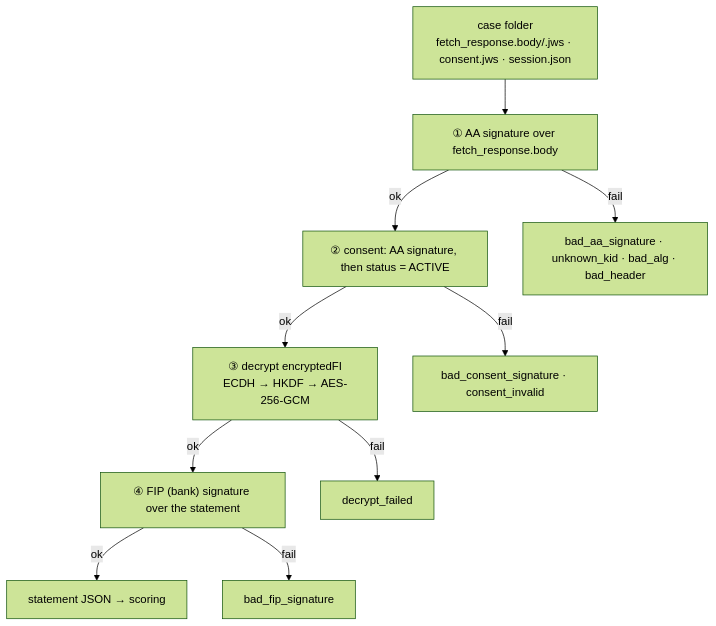
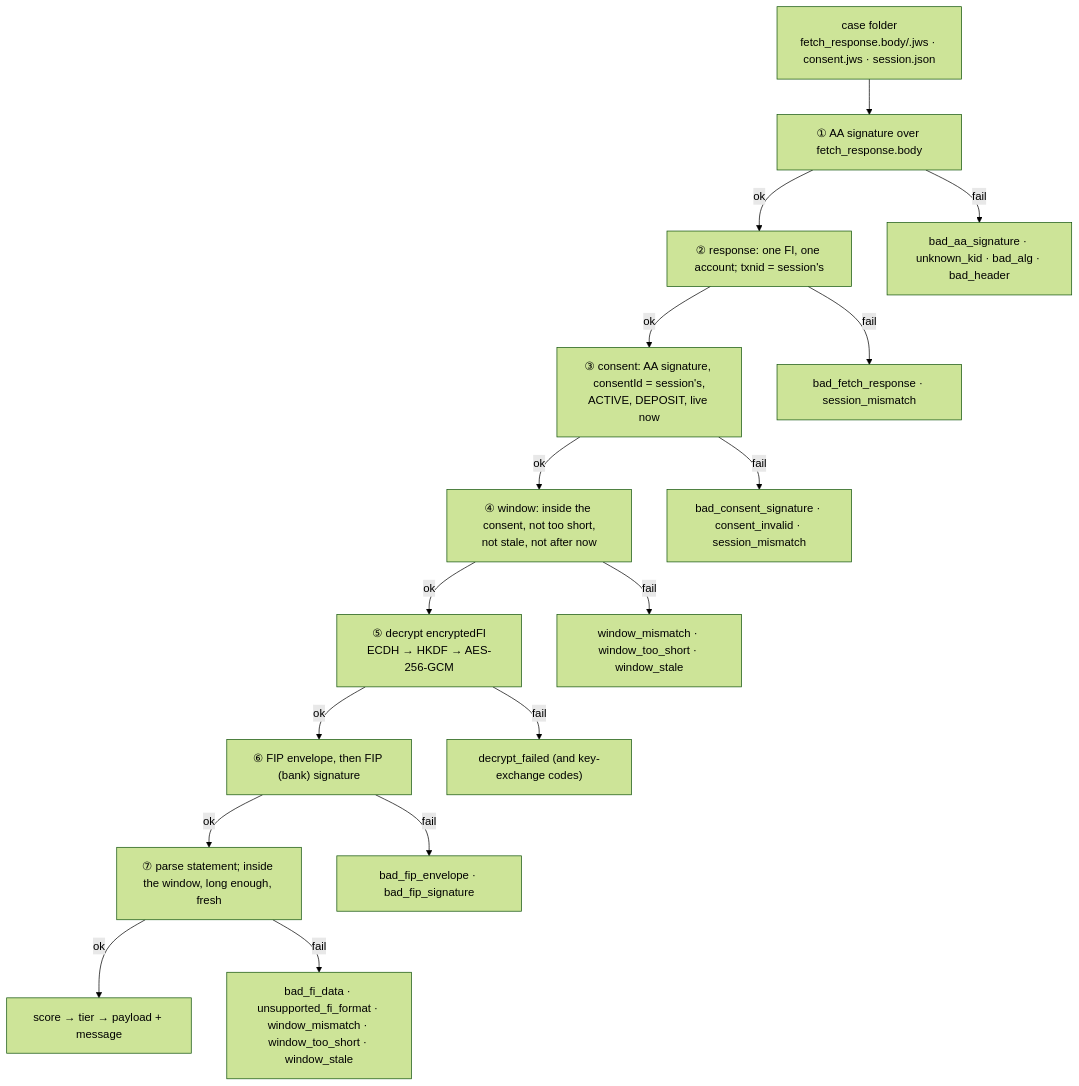
The diagram in test-vectors/README.md (pandaa880/tee-income-oracle), drawn with Mermaid (forest theme) before and after one commit. The commit also changed other lines of this file and 179 other files, not shown here.

````diff
--- a/test-vectors/README.md
+++ b/test-vectors/README.md
@@ -76,23 +83,35 @@
 ```mermaid
 flowchart TD
   IN["case folder<br/>fetch_response.body/.jws · consent.jws · session.json"]
   L1["① AA signature over fetch_response.body"]
-  L2["② consent: AA signature, then status = ACTIVE"]
-  L3["③ decrypt encryptedFI<br/>ECDH → HKDF → AES-256-GCM"]
-  L4["④ FIP (bank) signature over the statement"]
-  OK["statement JSON → scoring"]
+  L2["② response: one FI, one account; txnid = session's"]
+  L3["③ consent: AA signature, consentId = session's,<br/>ACTIVE, DEPOSIT, live now"]
+  L4["④ window: inside the consent, not too short,<br/>not stale, not after now"]
+  L5["⑤ decrypt encryptedFI<br/>ECDH → HKDF → AES-256-GCM"]
+  L6["⑥ FIP envelope, then FIP (bank) signature"]
+  L7["⑦ parse statement; inside the window, long enough, fresh"]
+  OK["score → tier → payload + message"]
   E1["bad_aa_signature · unknown_kid · bad_alg · bad_header"]
-  E2["bad_consent_signature · consent_invalid"]
-  E3["decrypt_failed"]
-  E4["bad_fip_signature"]
+  E2["bad_fetch_response · session_mismatch"]
+  E3["bad_consent_signature · consent_invalid · session_mismatch"]
+  E4["window_mismatch · window_too_short · window_stale"]
+  E5["decrypt_failed (and key-exchange codes)"]
+  E6["bad_fip_envelope · bad_fip_signature"]
+  E7["bad_fi_data · unsupported_fi_format · window_mismatch · window_too_short · window_stale"]
 
   IN --> L1
   L1 -- ok --> L2
   L2 -- ok --> L3
   L3 -- ok --> L4
-  L4 -- ok --> OK
+  L4 -- ok --> L5
+  L5 -- ok --> L6
+  L6 -- ok --> L7
+  L7 -- ok --> OK
   L1 -- fail --> E1
   L2 -- fail --> E2
   L3 -- fail --> E3
   L4 -- fail --> E4
+  L5 -- fail --> E5
+  L6 -- fail --> E6
+  L7 -- fail --> E7
 ```
````
